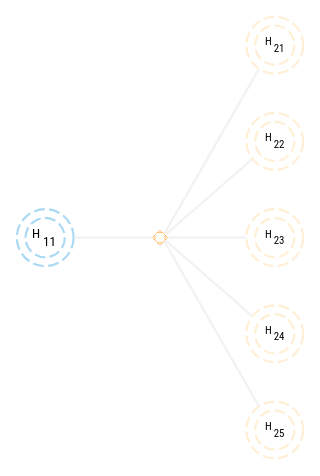
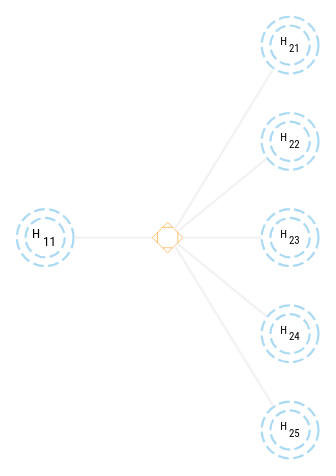
One commit to m-clark/book-of-models changed the diagram in img/nn_activation2.dot. Above: the diagram before and after it, drawn with Graphviz. The commit also changed 31 other files, not shown here.

```diff
--- a/img/nn_activation2.dot
+++ b/img/nn_activation2.dot
@@ -1,48 +1,48 @@
 digraph neural_network {
     bgcolor="transparent"
     rankdir=LR;
     node [shape=circle color=gray95 fontname="Roboto Condensed"];
 
     hidden1 [label=<H<sub>11</sub>> fixedsize=True fontsize =6 width = .25 color = "#56B4E980" shape=doublecircle style=dashed penwidth=1];
 
     // subgraph cluster_activation {
     //     color=transparent;
     //     rank = same;
-        activation1 [label="" fixedsize=True fontsize =6 width=.1 height=.1 color = "darkorange" penwidth=.25 fillcolor="white" shape=Mdiamond];
+        activation1 [label="" fixedsize=True fontsize =6 width=.2 height=.2 color = "darkorange" penwidth=.25 fillcolor="white" shape=Mdiamond];
         // activation2 [label="" fixedsize=True fontsize =6 width=.1 height=.1 color = "darkorange" penwidth=.25 fillcolor="white" shape=Mdiamond];
         // activation3 [label="" fixedsize=True fontsize =6 width=.1 height=.1 color = "darkorange" penwidth=.25 fillcolor="white" shape=Mdiamond];
         // activation4 [label="" fixedsize=True fontsize =6 width=.1 height=.1 color = "darkorange" penwidth=.25 fillcolor="white" shape=Mdiamond];
         // activation5 [label="" fixedsize=True fontsize =6 width=.1 height=.1 color = "darkorange" penwidth=.25 fillcolor="white" shape=Mdiamond];
     // }
 
     hidden1 -> activation1 [label = "" weight=10 arrowhead="none" minlen=1 color=gray95 penwidth=1];
     // hidden1 -> activation2 [label = "" weight=10 arrowhead="none" minlen=1 color=gray95 penwidth=1];
     // hidden1 -> activation3 [label = "" weight=10 arrowhead="none" minlen=1 color=gray95 penwidth=1]; 
     // hidden1 -> activation4 [label = "" weight=10 arrowhead="none" minlen=1 color=gray95 penwidth=1]; 
     // hidden1 -> activation5 [label = "" weight=10 arrowhead="none" minlen=1 color=gray95 penwidth=1]; 
 
  
     // subgraph cluster_end {
     //     color=transparent;
     //     rank = same;
     //     trans1, trans2, trans3, trans4, trans5 [label="" color = "transparent"];
     // // }
 
     //     activation1 -> trans1 [weight=1 arrowhead="none" label = ""  minlen=1 color=gray95 penwidth=1];
     //     activation2 -> trans2 [weight=1 arrowhead="none" label = ""  minlen=1 color=gray95 penwidth=1];
     //     activation3 -> trans3 [weight=1 arrowhead="none" label = ""  minlen=1 color=gray95 penwidth=1];
     //     activation4 -> trans4 [weight=1 arrowhead="none" label = ""  minlen=1 color=gray95 penwidth=1];
     //     activation5 -> trans5 [weight=1 arrowhead="none" label = ""  minlen=1 color=gray95 penwidth=1];        
 
-    H21[label=<H<sub>21</sub>> fixedsize=True fontsize =5 width = .25 color = "papayawhip" shape=doublecircle style=dashed penwidth=1];
-    H22[label=<H<sub>22</sub>> fixedsize=True fontsize =5 width = .25 color = "papayawhip" shape=doublecircle style=dashed penwidth=1];
-    H23[label=<H<sub>23</sub>> fixedsize=True fontsize =5 width = .25 color = "papayawhip" shape=doublecircle style=dashed penwidth=1];
-    H24[label=<H<sub>24</sub>> fixedsize=True fontsize =5 width = .25 color = "papayawhip" shape=doublecircle style=dashed penwidth=1];
-    H25[label=<H<sub>25</sub>> fixedsize=True fontsize =5 width = .25 color = "papayawhip" shape=doublecircle style=dashed penwidth=1];
+    H21[label=<H<sub>21</sub>> fixedsize=True fontsize =5 width = .25 color = "#56B4E980" shape=doublecircle style=dashed penwidth=1];
+    H22[label=<H<sub>22</sub>> fixedsize=True fontsize =5 width = .25 color = "#56B4E980" shape=doublecircle style=dashed penwidth=1];
+    H23[label=<H<sub>23</sub>> fixedsize=True fontsize =5 width = .25 color = "#56B4E980" shape=doublecircle style=dashed penwidth=1];
+    H24[label=<H<sub>24</sub>> fixedsize=True fontsize =5 width = .25 color = "#56B4E980" shape=doublecircle style=dashed penwidth=1];
+    H25[label=<H<sub>25</sub>> fixedsize=True fontsize =5 width = .25 color = "#56B4E980" shape=doublecircle style=dashed penwidth=1];
 
     activation1 -> H21  [label = "" weight=10 arrowhead="none" minlen=1 color=gray95 penwidth=1];
     activation1 -> H22  [label = "" weight=10 arrowhead="none" minlen=1 color=gray95 penwidth=1];
     activation1 -> H23  [label = "" weight=10 arrowhead="none" minlen=1 color=gray95 penwidth=1]; 
     activation1 -> H24  [label = "" weight=10 arrowhead="none" minlen=1 color=gray95 penwidth=1]; 
     activation1 -> H25  [label = "" weight=10 arrowhead="none" minlen=1 color=gray95 penwidth=1]; 
 }
```
